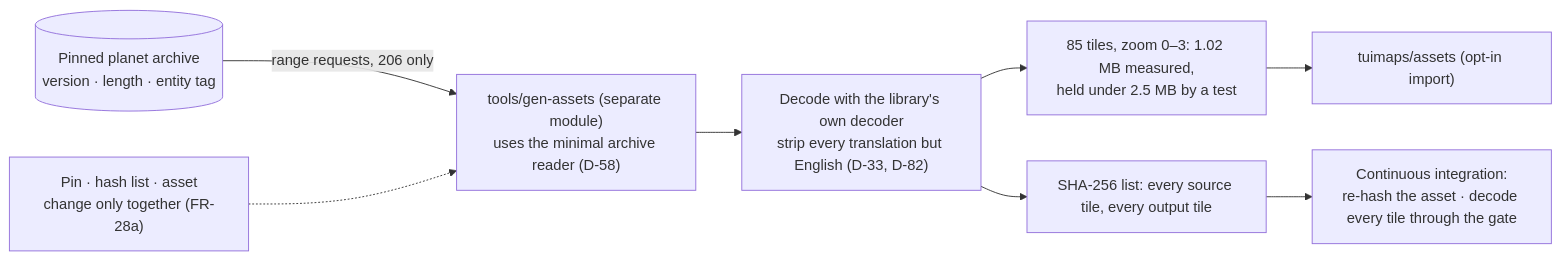
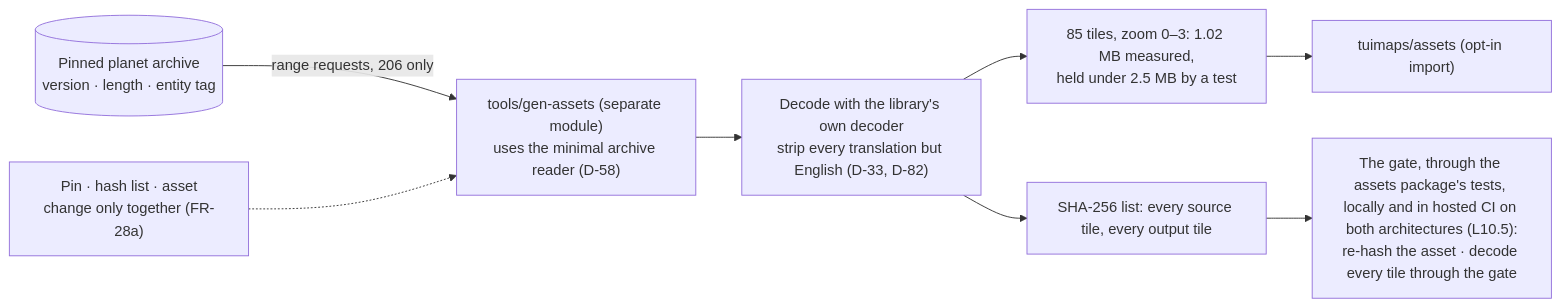
The third of 3 diagrams in 06_docs/02_features/go-tuimaps/03-architecture-design/L2-tiles.md (branden-thompson/go-tuimaps), drawn with Mermaid before and after one commit. The commit also changed other lines of this file and 544 other files, not shown here.

````diff
--- a/06_docs/02_features/go-tuimaps/03-architecture-design/L2-tiles.md
+++ b/06_docs/02_features/go-tuimaps/03-architecture-design/L2-tiles.md
@@ -91,10 +102,10 @@
 ```mermaid
 flowchart LR
     PLANET[("Pinned planet archive<br/>version · length · entity tag")] -- "range requests, 206 only" --> GEN["tools/gen-assets (separate module)<br/>uses the minimal archive reader (D-58)"]
     GEN --> STRIP["Decode with the library's own decoder<br/>strip every translation but English (D-33, D-82)"]
     STRIP --> OUT1["85 tiles, zoom 0–3: 1.02 MB measured,<br/>held under 2.5 MB by a test"]
     STRIP --> HASH["SHA-256 list: every source tile, every output tile"]
     OUT1 --> PKG["tuimaps/assets (opt-in import)"]
-    HASH --> CI["Continuous integration:<br/>re-hash the asset · decode every tile through the gate"]
+    HASH --> CI["The gate, through the assets package's tests, locally and in hosted CI on both architectures (L10.5):<br/>re-hash the asset · decode every tile through the gate"]
     PIN["Pin · hash list · asset<br/>change only together (FR-28a)"] -.-> GEN
 ```
````
